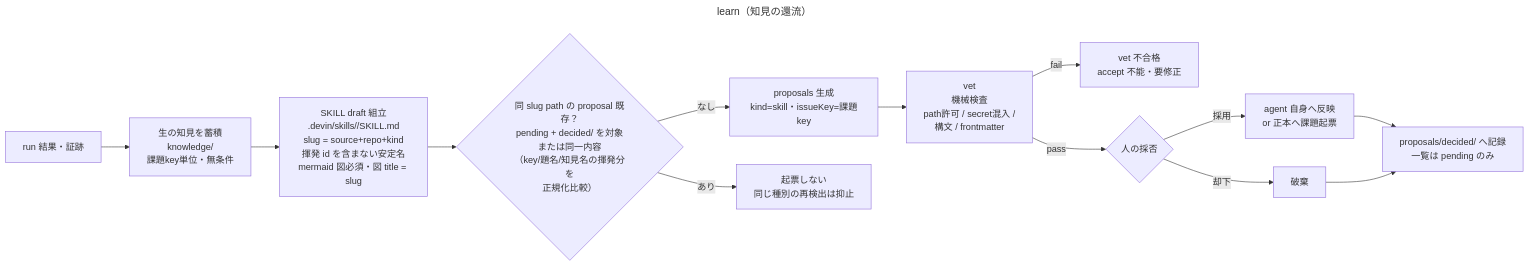
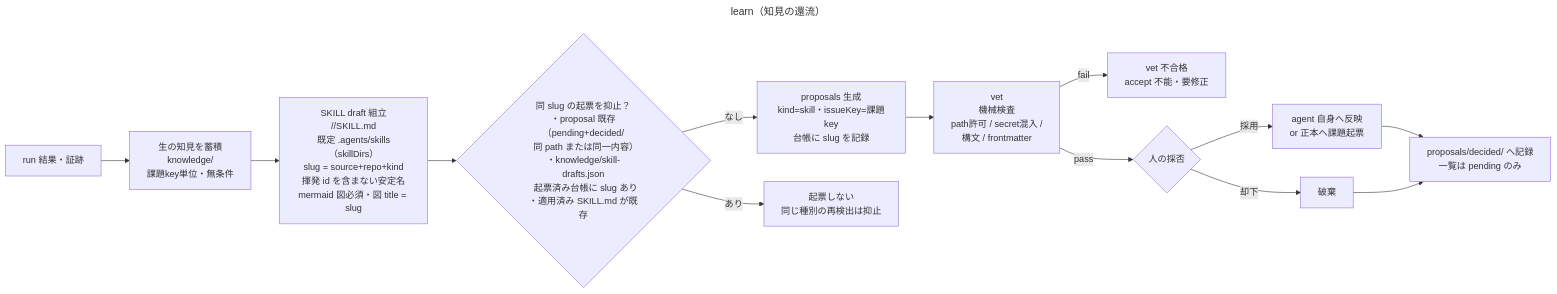
The diagram in diagrams/learn-flow.mmd (yamamoto-ryuzo/kasugai_agent), drawn with Mermaid before and after one commit. The commit also changed 80 other files, not shown here.

```diff
--- a/diagrams/learn-flow.mmd
+++ b/diagrams/learn-flow.mmd
@@ -1,16 +1,16 @@
 ---
 title: learn（知見の還流）
 ---
 flowchart LR
     RUN[run 結果・証跡] --> KN[生の知見を蓄積<br/>knowledge/<br/>課題key単位・無条件]
-    KN --> SK[SKILL draft 組立<br/>.devin/skills/<slug>/SKILL.md<br/>slug = source+repo+kind<br/>揮発 id を含まない安定名<br/>mermaid 図必須・図 title = slug]
-    SK --> DUP{同 slug path の proposal 既存？<br/>pending + decided/ を対象<br/>または同一内容<br/>（key/題名/知見名の揮発分を<br/>正規化比較）}
-    DUP -->|なし| PROP[proposals 生成<br/>kind=skill・issueKey=課題key]
+    KN --> SK[SKILL draft 組立<br/><skillDir>/<slug>/SKILL.md<br/>既定 .agents/skills（skillDirs）<br/>slug = source+repo+kind<br/>揮発 id を含まない安定名<br/>mermaid 図必須・図 title = slug]
+    SK --> DUP{同 slug の起票を抑止？<br/>・proposal 既存（pending+decided/<br/>  同 path または同一内容）<br/>・knowledge/skill-drafts.json<br/>  起票済み台帳に slug あり<br/>・適用済み SKILL.md が既存}
+    DUP -->|なし| PROP[proposals 生成<br/>kind=skill・issueKey=課題key<br/>台帳に slug を記録]
     DUP -->|あり| SKIP[起票しない<br/>同じ種別の再検出は抑止]
     PROP --> VET[vet<br/>機械検査<br/>path許可 / secret混入 /<br/>構文 / frontmatter]
     VET -->|fail| VF[vet 不合格<br/>accept 不能・要修正]
     VET -->|pass| HUMAN{人の採否}
     HUMAN -->|採用| SELF[agent 自身へ反映<br/>or 正本へ課題起票]
     HUMAN -->|却下| DROP[破棄]
     SELF --> REC[proposals/decided/ へ記録<br/>一覧は pending のみ]
     DROP --> REC
```
